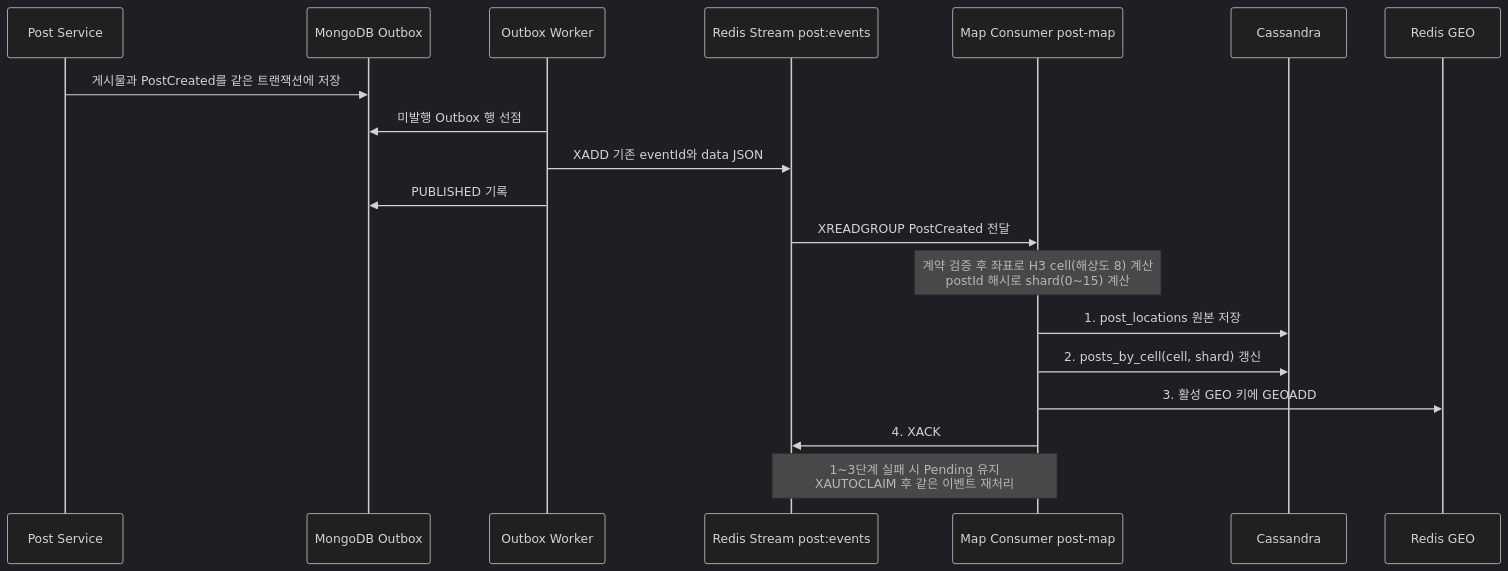
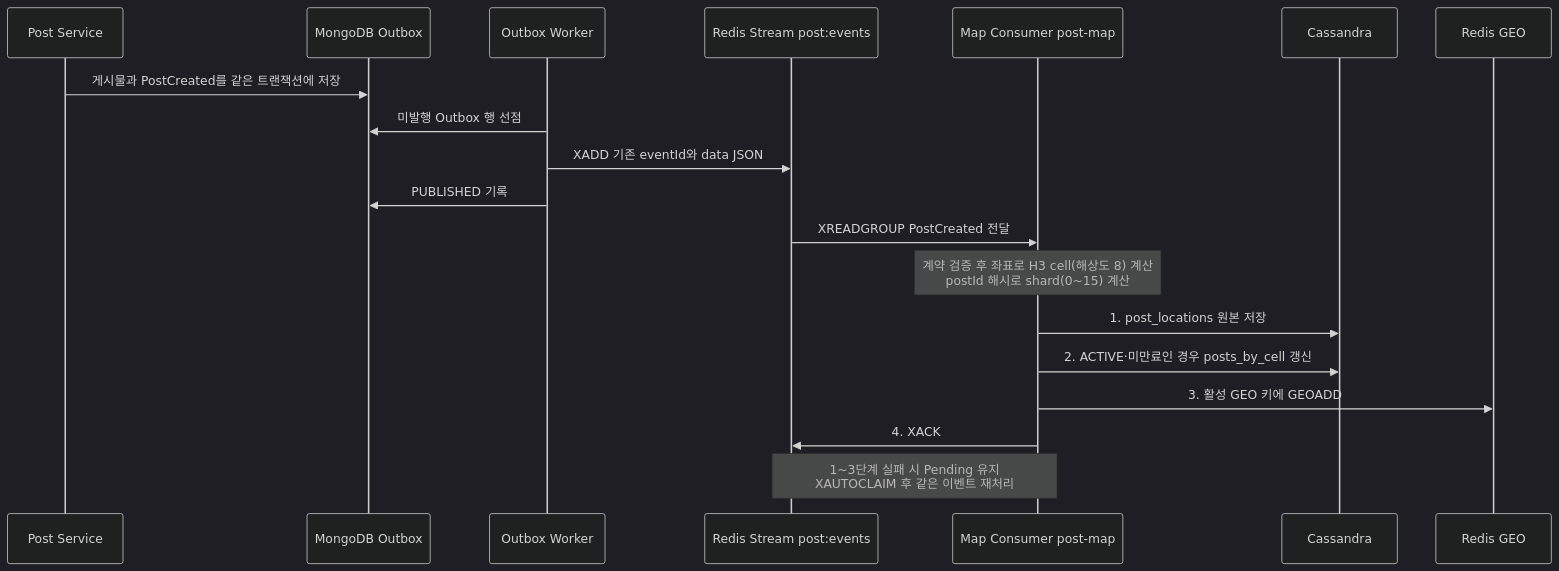
The first of 2 diagrams in services/map-service/README.md (WGO-What-s-Going-On/Backend), drawn with Mermaid (dark theme) before and after one commit. The commit also changed other lines of this file and 5 other files, not shown here.

````diff
--- a/services/map-service/README.md
+++ b/services/map-service/README.md
@@ -59,22 +59,22 @@
 ```mermaid
 sequenceDiagram
     participant P as Post Service
     participant O as MongoDB Outbox
     participant W as Outbox Worker
     participant S as Redis Stream post:events
     participant M as Map Consumer post-map
     participant C as Cassandra
     participant G as Redis GEO
 
     P->>O: 게시물과 PostCreated를 같은 트랜잭션에 저장
     W->>O: 미발행 Outbox 행 선점
     W->>S: XADD 기존 eventId와 data JSON
     W->>O: PUBLISHED 기록
     S->>M: XREADGROUP PostCreated 전달
     Note over M: 계약 검증 후 좌표로 H3 cell(해상도 8) 계산<br/>postId 해시로 shard(0~15) 계산
     M->>C: 1. post_locations 원본 저장
-    M->>C: 2. posts_by_cell(cell, shard) 갱신
+    M->>C: 2. ACTIVE·미만료인 경우 posts_by_cell 갱신
     M->>G: 3. 활성 GEO 키에 GEOADD
     M->>S: 4. XACK
     Note over M,S: 1~3단계 실패 시 Pending 유지<br/>XAUTOCLAIM 후 같은 이벤트 재처리
 ```
````
